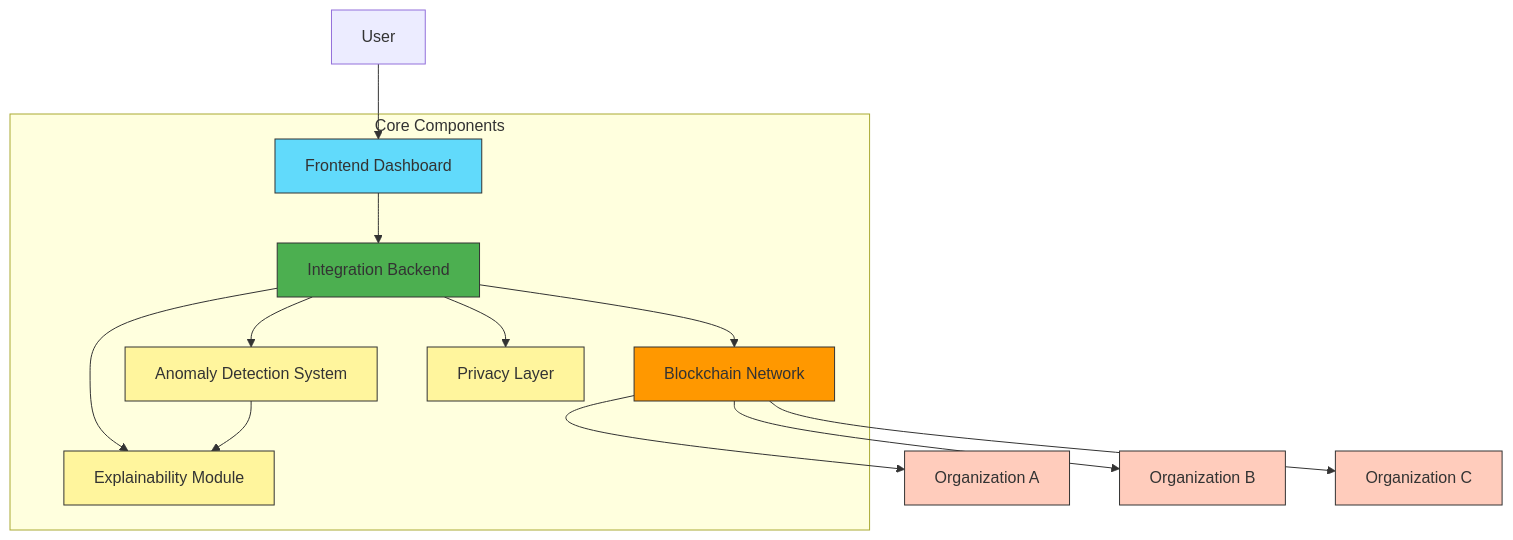
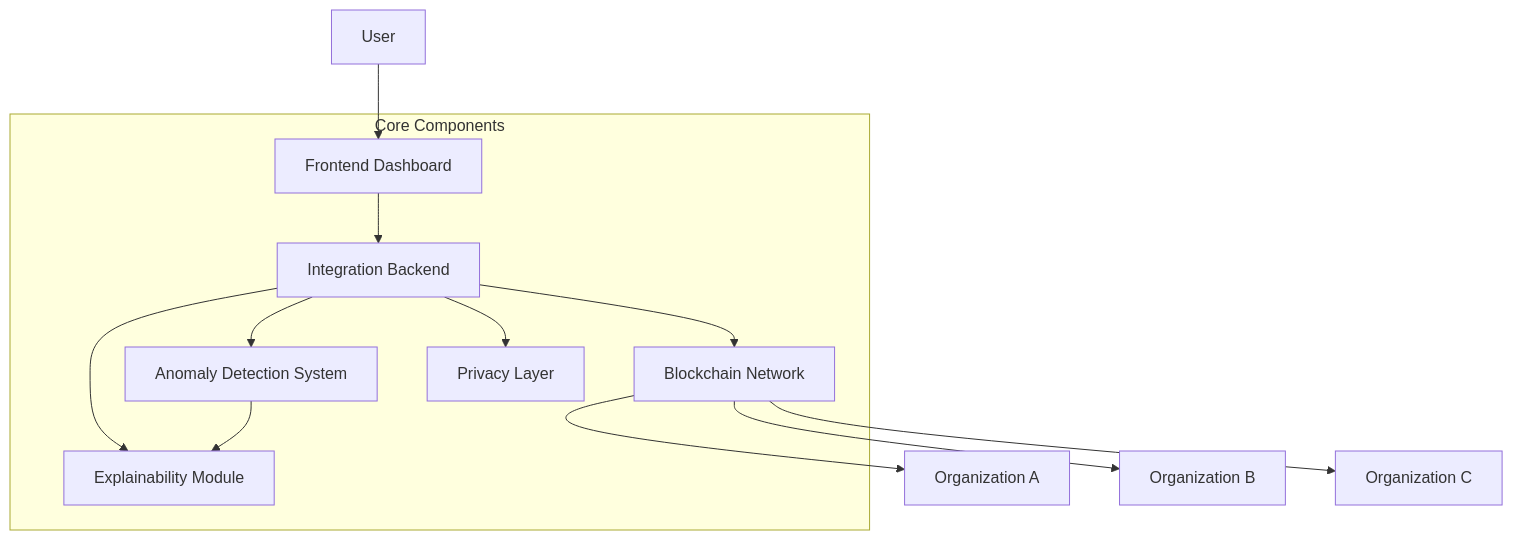
Before and after one commit to bhaskardatta/CryptaNet: the diagram in README.md, drawn with Mermaid. The commit also changed other lines of this file and 161 other files, not shown here.

````diff
--- a/README.md
+++ b/README.md
@@ -69,30 +29,17 @@
 ```mermaid
-%%{init: {'themeVariables': { 'fontColor': '#000000' }}}%%
 graph TB
     User[User] --> Frontend[Frontend Dashboard]
     
     subgraph Core Components
         Frontend --> Backend[Integration Backend]
         Backend --> AD[Anomaly Detection System]
         Backend --> EX[Explainability Module]
         Backend --> BC[Blockchain Network]
         Backend --> PL[Privacy Layer]
         AD --> EX
     end
     
     BC --> OrgA[Organization A]
     BC --> OrgB[Organization B] 
     BC --> OrgC[Organization C]
-    
-    classDef frontend fill:#61DAFB,stroke:#333,stroke-width:1px
-    classDef backend fill:#4CAF50,stroke:#333,stroke-width:1px
-    classDef component fill:#FFF59D,stroke:#333,stroke-width:1px
-    classDef blockchain fill:#FF9800,stroke:#333,stroke-width:1px
-    classDef org fill:#FFCCBC,stroke:#333,stroke-width:1px
-    
-    class Frontend frontend
-    class Backend backend
-    class AD,EX,PL component
-    class BC blockchain
-    class OrgA,OrgB,OrgC org
 ```
````
